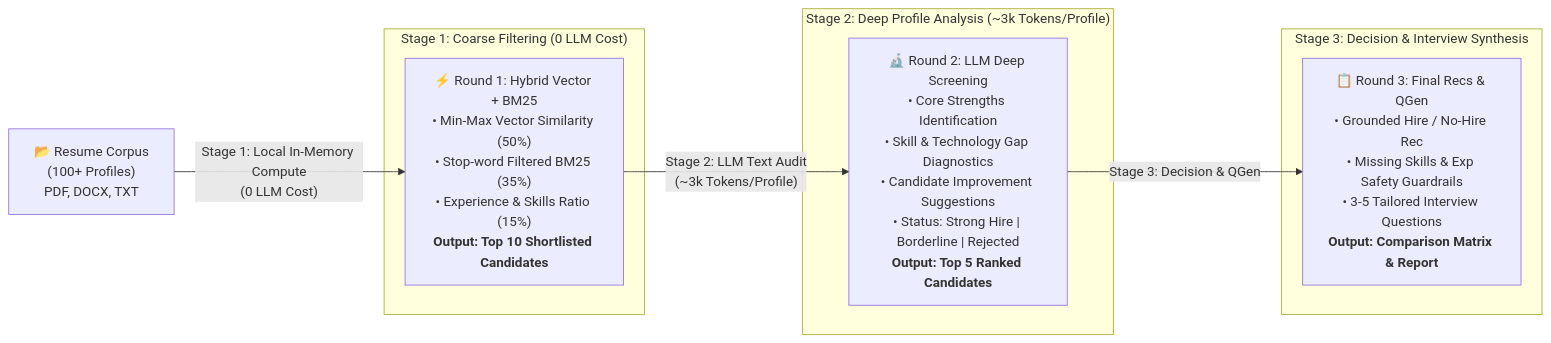
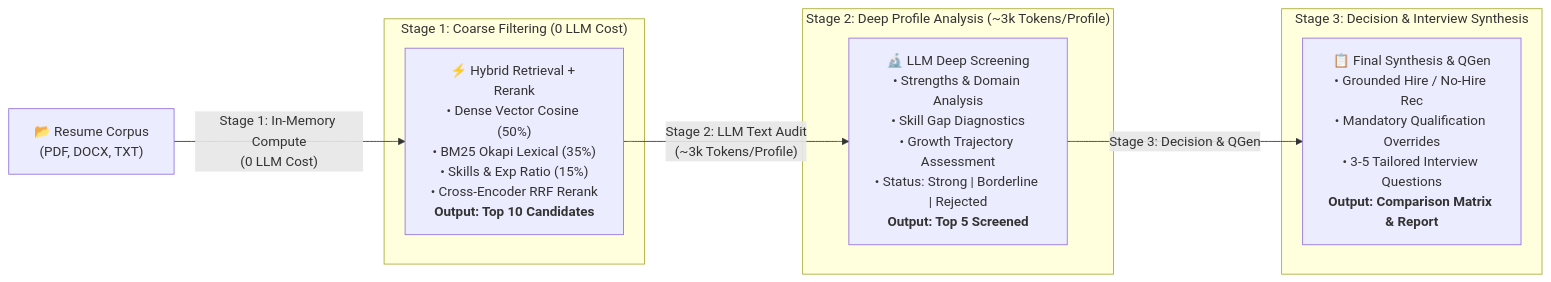
One commit to shashankch/agentic-profile-matching-engine changed the second of 2 diagrams in README.md. Above: the diagram before and after it, drawn with Mermaid. The commit also changed other lines of this file and 24 other files, not shown here.

First line of the commit message:
feat(retrieval): Phase 17 - Layout-Aware Section Parsing, Contextual Retrieval & Two-Stage Reranking (v1.4.0) (#27)

````diff
--- a/README.md
+++ b/README.md
@@ -121,20 +90,20 @@
 ```mermaid
 graph LR
-    Raw["📂 Resume Corpus<br/>(100+ Profiles)<br/>PDF, DOCX, TXT"] -->|"Stage 1: Local In-Memory Compute<br/>(0 LLM Cost)"| Round1
+    Raw["📂 Resume Corpus<br/>(PDF, DOCX, TXT)"] -->|"Stage 1: In-Memory Compute<br/>(0 LLM Cost)"| Round1
     
     subgraph S1 ["Stage 1: Coarse Filtering (0 LLM Cost)"]
-        Round1["⚡ Round 1: Hybrid Vector + BM25<br/>• Min-Max Vector Similarity (50%)<br/>• Stop-word Filtered BM25 (35%)<br/>• Experience & Skills Ratio (15%)<br/><b>Output: Top 10 Shortlisted Candidates</b>"]
+        Round1["⚡ Hybrid Retrieval + Rerank<br/>• Dense Vector Cosine (50%)<br/>• BM25 Okapi Lexical (35%)<br/>• Skills & Exp Ratio (15%)<br/>• Cross-Encoder RRF Rerank<br/><b>Output: Top 10 Candidates</b>"]
     end
 
     Round1 -->|"Stage 2: LLM Text Audit<br/>(~3k Tokens/Profile)"| Round2
 
     subgraph S2 ["Stage 2: Deep Profile Analysis (~3k Tokens/Profile)"]
-        Round2["🔬 Round 2: LLM Deep Screening<br/>• Core Strengths Identification<br/>• Skill & Technology Gap Diagnostics<br/>• Candidate Improvement Suggestions<br/>• Status: Strong Hire | Borderline | Rejected<br/><b>Output: Top 5 Ranked Candidates</b>"]
+        Round2["🔬 LLM Deep Screening<br/>• Strengths & Domain Analysis<br/>• Skill Gap Diagnostics<br/>• Growth Trajectory Assessment<br/>• Status: Strong | Borderline | Rejected<br/><b>Output: Top 5 Screened</b>"]
     end
 
     Round2 -->|"Stage 3: Decision & QGen"| Round3
 
     subgraph S3 ["Stage 3: Decision & Interview Synthesis"]
-        Round3["📋 Round 3: Final Recs & QGen<br/>• Grounded Hire / No-Hire Rec<br/>• Missing Skills & Exp Safety Guardrails<br/>• 3-5 Tailored Interview Questions<br/><b>Output: Comparison Matrix & Report</b>"]
+        Round3["📋 Final Synthesis & QGen<br/>• Grounded Hire / No-Hire Rec<br/>• Mandatory Qualification Overrides<br/>• 3-5 Tailored Interview Questions<br/><b>Output: Comparison Matrix & Report</b>"]
     end
 ```
````
